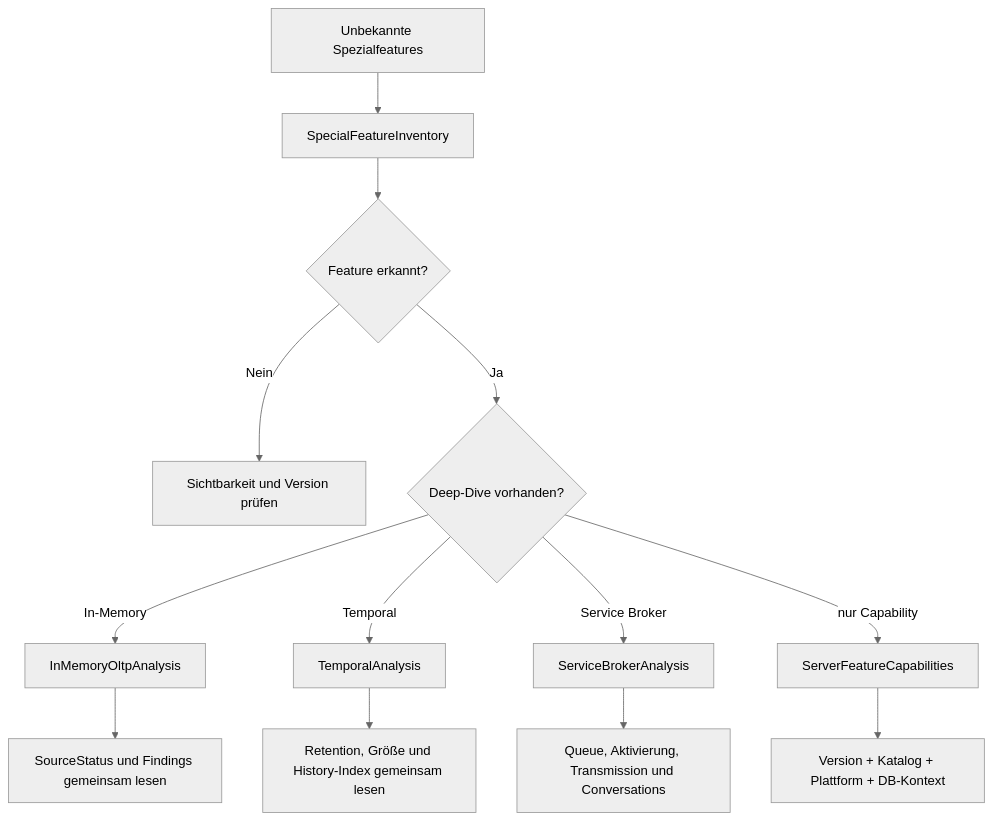
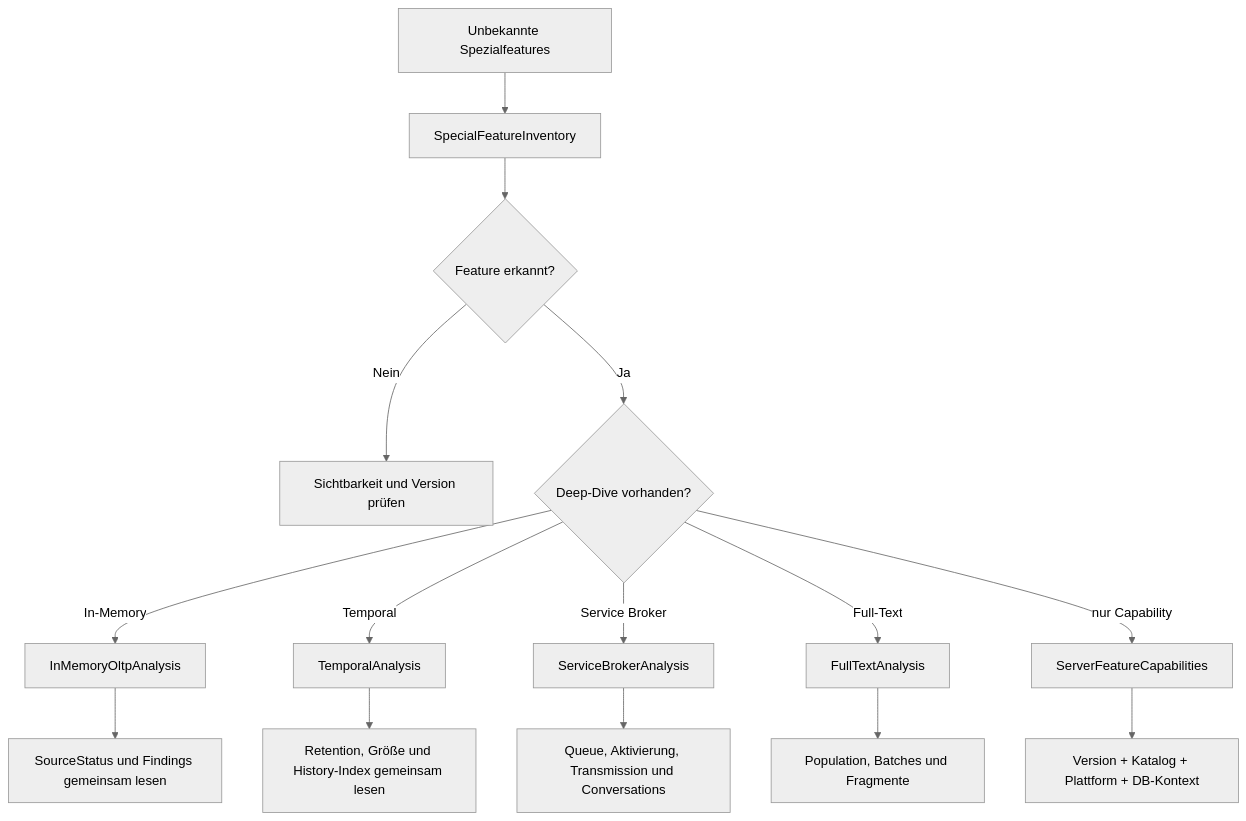
The diagram in Documentation/Analysis_Guides/09_Version_Adaptive.md (gecompat/SQL_Server_Analyze), drawn with Mermaid (neutral theme) before and after one commit. The commit also changed other lines of this file and 36 other files, not shown here.

Commit message:
Ergänzt die Full-Text-Tiefenanalyse

````diff
--- a/Documentation/Analysis_Guides/09_Version_Adaptive.md
+++ b/Documentation/Analysis_Guides/09_Version_Adaptive.md
@@ -449,15 +524,17 @@
 ```mermaid
 flowchart TD
     A[Unbekannte Spezialfeatures] --> B[SpecialFeatureInventory]
     B --> C{Feature erkannt?}
     C -->|Nein| D[Sichtbarkeit und Version prüfen]
     C -->|Ja| E{Deep-Dive vorhanden?}
     E -->|In-Memory| F[InMemoryOltpAnalysis]
     E -->|Temporal| G[TemporalAnalysis]
     E -->|Service Broker| H[ServiceBrokerAnalysis]
+    E -->|Full-Text| N[FullTextAnalysis]
     E -->|nur Capability| L[ServerFeatureCapabilities]
     F --> I[SourceStatus und Findings gemeinsam lesen]
     G --> J[Retention, Größe und History-Index gemeinsam lesen]
     H --> K[Queue, Aktivierung, Transmission und Conversations]
+    N --> O[Population, Batches und Fragmente]
     L --> M[Version + Katalog + Plattform + DB-Kontext]
 ```
````
